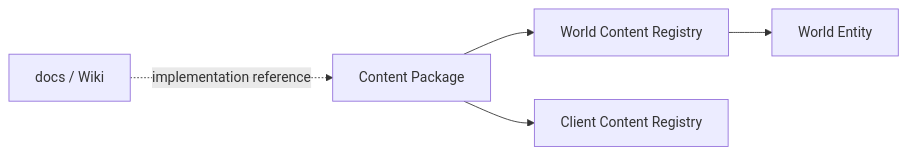
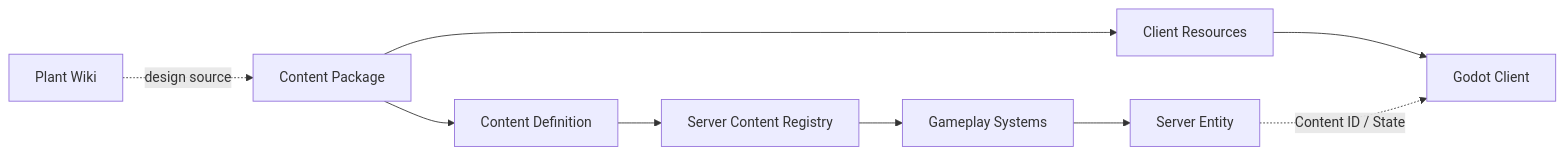
One commit to Ri0n72Y/idea-slime-bar changed the second of 2 diagrams in architecture/content-system.md. Above: the diagram before and after it, drawn with Mermaid. The commit also changed other lines of this file, not shown here.

Commit message:
docs: align content packages with server mods and godot resources

````diff
--- a/architecture/content-system.md
+++ b/architecture/content-system.md
@@ -142,13 +170,21 @@
 ```mermaid
 flowchart LR
-    Wiki[docs / Wiki]
+    Wiki[Plant Wiki]
     Package[Content Package]
-    Server[World Content Registry]
-    Client[Client Content Registry]
-    World[World Entity]
+    Definition[Content Definition]
+    Registry[Server Content Registry]
+    Systems[Gameplay Systems]
+    Entity[Server Entity]
+    Resources[Client Resources]
+    Godot[Godot Client]
 
-    Wiki -. implementation reference .-> Package
-    Package --> Server
-    Package --> Client
-    Server --> World
+    Wiki -. design source .-> Package
+    Package --> Definition
+    Definition --> Registry
+    Registry --> Systems
+    Systems --> Entity
+
+    Package --> Resources
+    Resources --> Godot
+    Entity -. Content ID / State .-> Godot
 ```
````
